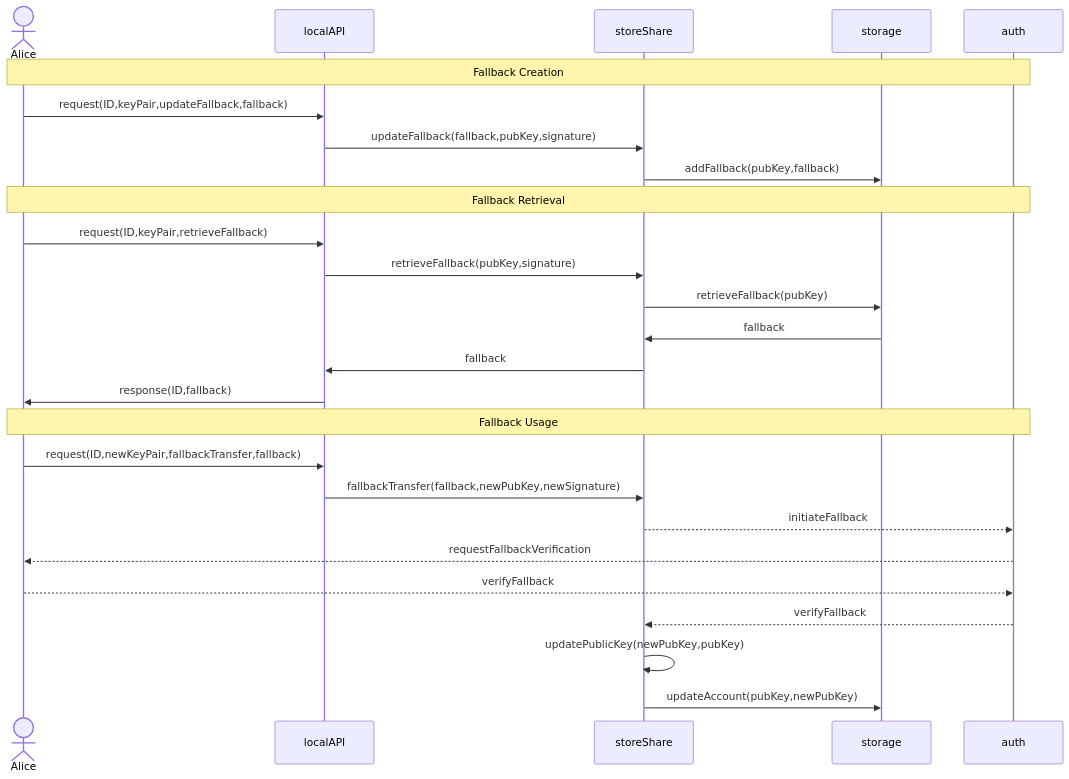
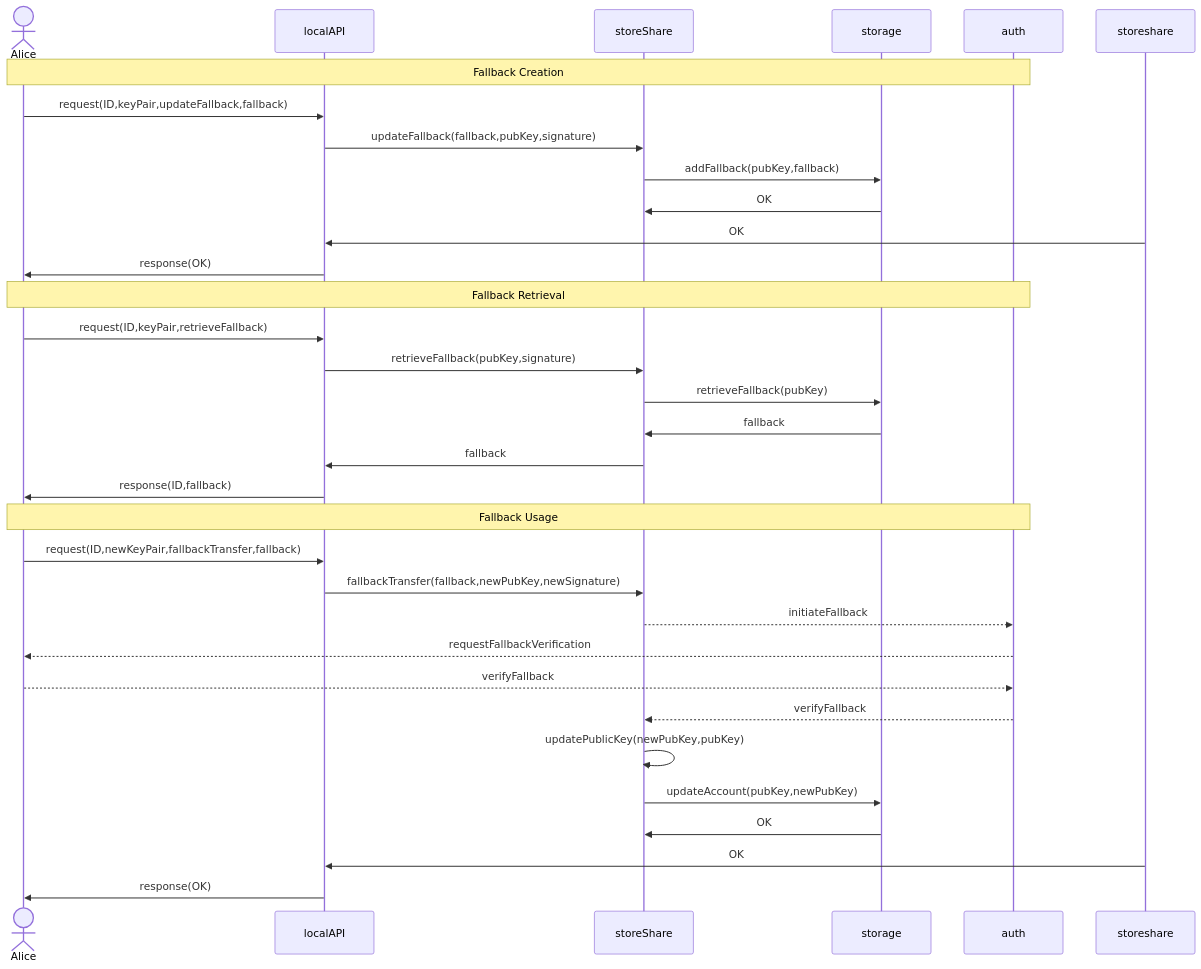
One commit to BlockchainCommons/Gordian changed the second of 5 diagrams in Docs/CSR-SequenceDiagram.md. Above: the diagram before and after it, drawn with Mermaid. The commit also changed other lines of this file, not shown here.

````diff
--- a/Docs/CSR-SequenceDiagram.md
+++ b/Docs/CSR-SequenceDiagram.md
@@ -44,31 +42,37 @@
 ```mermaid
 sequenceDiagram
 actor Alice
 participant localAPI
 participant storeShare
 participant storage
 participant auth
 
 Note over Alice,auth: Fallback Creation
 Alice->>localAPI: request(ID,keyPair,updateFallback,fallback)
 localAPI->>storeShare: updateFallback(fallback,pubKey,signature)
 storeShare->>storage: addFallback(pubKey,fallback)
+storage->>storeShare: OK
+storeshare->>localAPI: OK
+localAPI->>Alice: response(OK)
 
 Note over Alice,auth: Fallback Retrieval
 Alice->>localAPI: request(ID,keyPair,retrieveFallback)
 localAPI->>storeShare: retrieveFallback(pubKey,signature)
 storeShare->>storage: retrieveFallback(pubKey)
 storage->>storeShare: fallback
 storeShare->>localAPI: fallback
 localAPI->>Alice: response(ID,fallback)
 
 Note over Alice,auth: Fallback Usage
 Alice->>localAPI: request(ID,newKeyPair,fallbackTransfer,fallback)
 localAPI->>storeShare: fallbackTransfer(fallback,newPubKey,newSignature)
 storeShare-->>auth: initiateFallback
 auth-->>Alice: requestFallbackVerification
 Alice-->>auth: verifyFallback
 auth-->>storeShare: verifyFallback
 storeShare->>storeShare: updatePublicKey(newPubKey,pubKey)
 storeShare->>storage: updateAccount(pubKey,newPubKey)
+storage->>storeShare: OK
+storeshare->>localAPI: OK
+localAPI->>Alice: response(OK)
 ```
````
